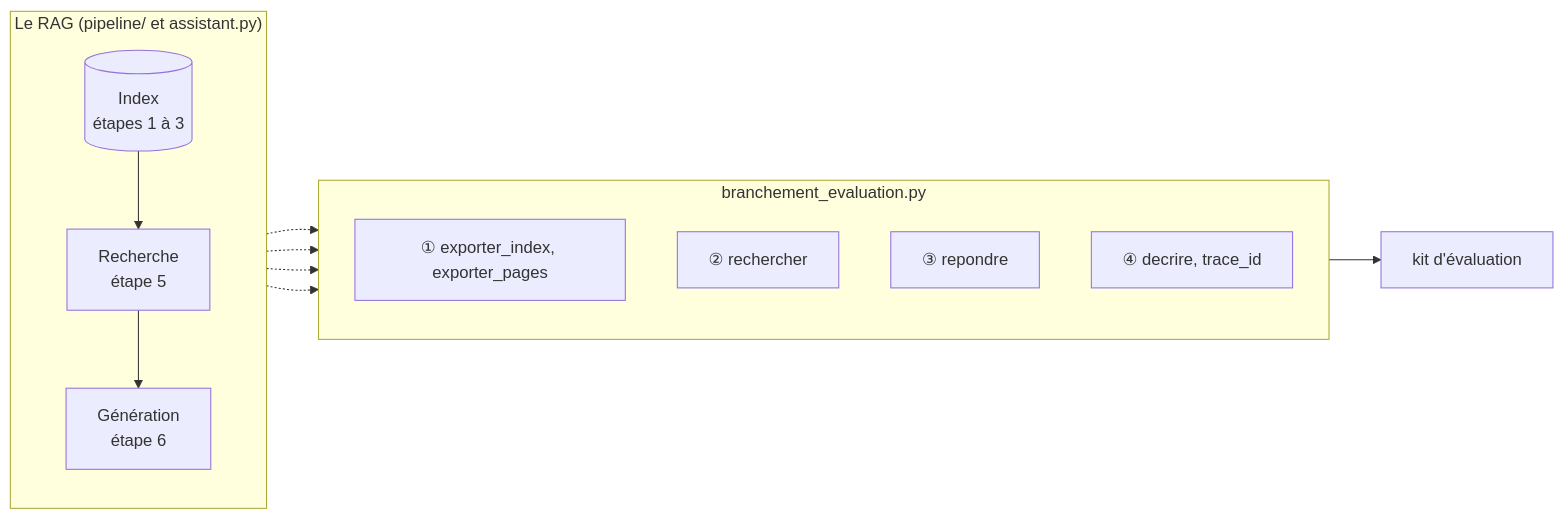
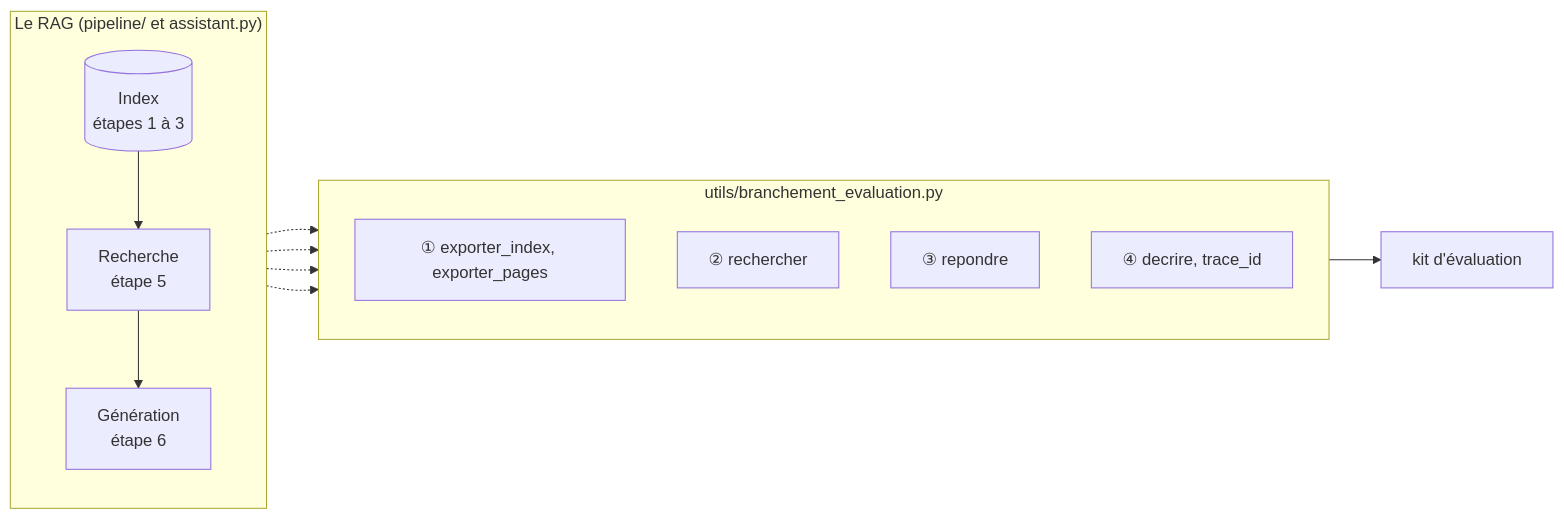
One commit to floSa/RAG-Evaluation changed the second of 2 diagrams in rag/documentation/guide_du_graphrag.md. Above: the diagram before and after it, drawn with Mermaid. The commit also changed other lines of this file, not shown here.

Commit message:
Guide du GraphRAG : arborescence src/, config/, documentation/, utils/

````diff
--- a/rag/documentation/guide_du_graphrag.md
+++ b/rag/documentation/guide_du_graphrag.md
@@ -122,19 +127,19 @@
 ```mermaid
 flowchart LR
     subgraph RAG["Le RAG (pipeline/ et assistant.py)"]
         direction TB
         X[("Index<br/>étapes 1 à 3")] --> S["Recherche<br/>étape 5"] --> G["Génération<br/>étape 6"]
     end
-    subgraph B["branchement_evaluation.py"]
+    subgraph B["utils/branchement_evaluation.py"]
         direction TB
         P1["① exporter_index, exporter_pages"]
         P2["② rechercher"]
         P3["③ repondre"]
         P4["④ decrire, trace_id"]
     end
     X -.-> P1
     S -.-> P2
     G -.-> P3
     G -.-> P4
     B --> K["kit d'évaluation"]
 ```
````
